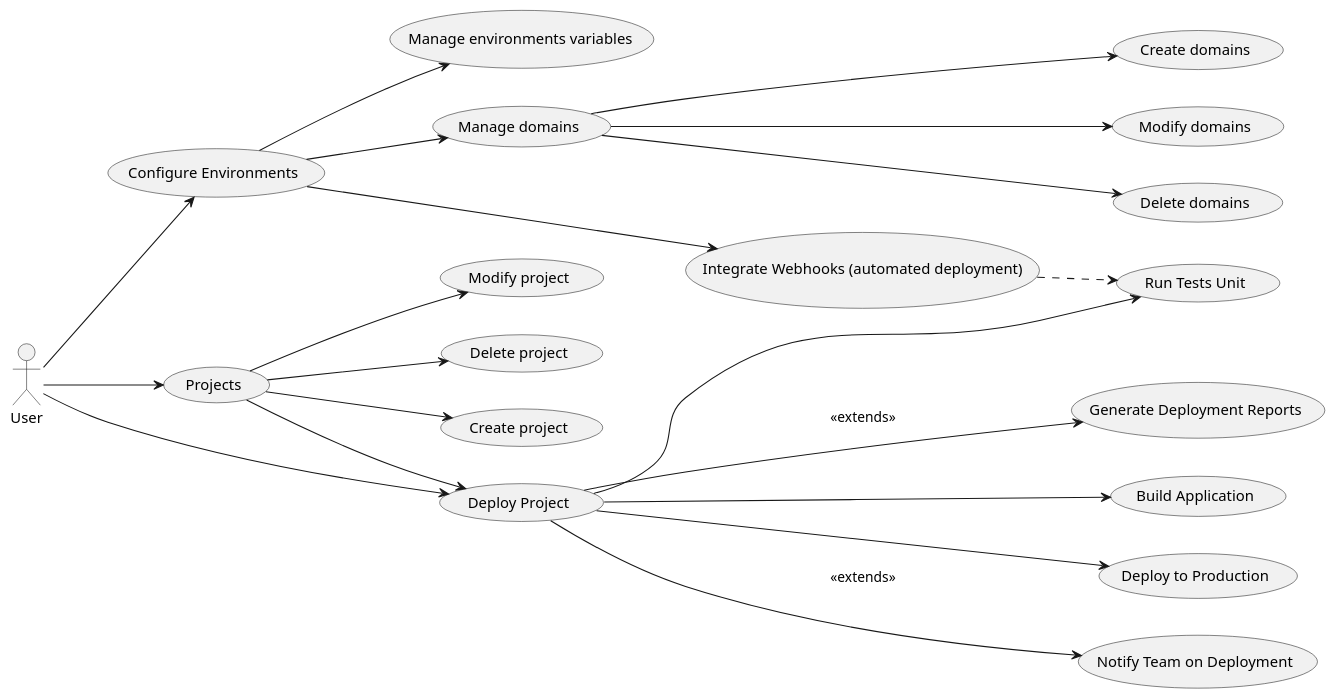
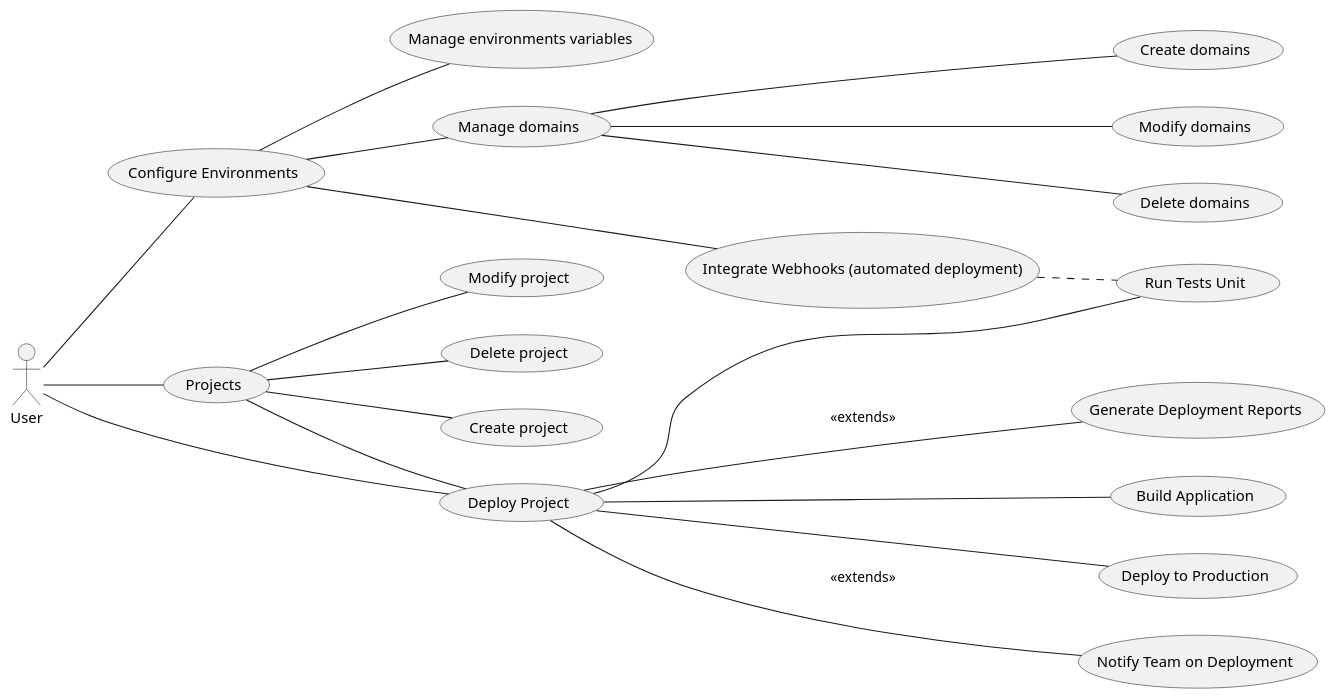
One commit to Cyclops789/solicode-project-file-rouge changed the diagram in Analyse/use-case-diagram.plantuml. Above: the diagram before and after it, drawn with PlantUML.

```diff
--- a/Analyse/use-case-diagram.plantuml
+++ b/Analyse/use-case-diagram.plantuml
@@ -1,57 +1,57 @@
 @startuml "Deployment app"
 
 left to right direction
 
 actor "User" as User
 
 usecase "Deploy Project" as Deploy
 usecase "Projects" as Projects
 
 usecase "Configure Environments" as Configuration
 
 usecase "Run Tests Unit" as TestsUnit
 usecase "Build Application" as BuildApplication
 usecase "Deploy to Production" as DeployProduction
 
 usecase "Create project" as CreateProject
 usecase "Modify project" as ModifyProject
 usecase "Delete project" as DeleteProject
 
 usecase "Create domains" as CreateDomain
 usecase "Modify domains" as ModifyDomain
 usecase "Delete domains" as DeleteDomain
 
 usecase "Manage environments variables" as ManageEnvVariables
 usecase "Manage domains" as ManageDomains
 usecase "Integrate Webhooks (automated deployment)" as IntegrateWebHooks
 usecase "Notify Team on Deployment" as NotifyTeam
 usecase "Generate Deployment Reports" as DeploymentReports
 
-User --> Deploy
-User --> Configuration
-User --> Projects
+User -- Deploy
+User -- Configuration
+User -- Projects
 
-Projects --> Deploy
+Projects -- Deploy
 
-Projects --> CreateProject
-Projects --> ModifyProject
-Projects --> DeleteProject
+Projects -- CreateProject
+Projects -- ModifyProject
+Projects -- DeleteProject
 
-Configuration --> ManageEnvVariables
-Configuration --> ManageDomains
-Configuration --> IntegrateWebHooks
+Configuration -- ManageEnvVariables
+Configuration -- ManageDomains
+Configuration -- IntegrateWebHooks
 
-ManageDomains --> CreateDomain
-ManageDomains --> ModifyDomain
-ManageDomains --> DeleteDomain
+ManageDomains -- CreateDomain
+ManageDomains -- ModifyDomain
+ManageDomains -- DeleteDomain
 
-IntegrateWebHooks .> TestsUnit
+IntegrateWebHooks . TestsUnit
 
-Deploy --> TestsUnit
-Deploy --> BuildApplication
-Deploy --> DeployProduction
+Deploy -- TestsUnit
+Deploy -- BuildApplication
+Deploy -- DeployProduction
 
-Deploy --> NotifyTeam : <<extends>>
-Deploy --> DeploymentReports : <<extends>>
+Deploy -- DeploymentReports : <<extends>>
+Deploy -- NotifyTeam : <<extends>>
 
 @enduml
```
